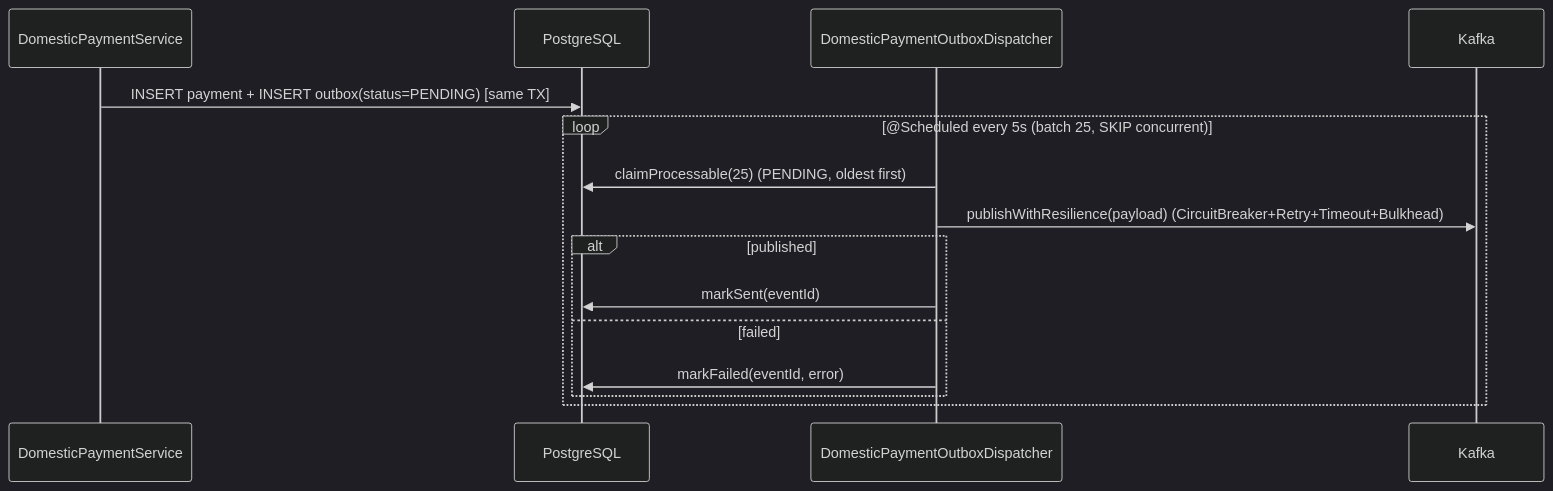
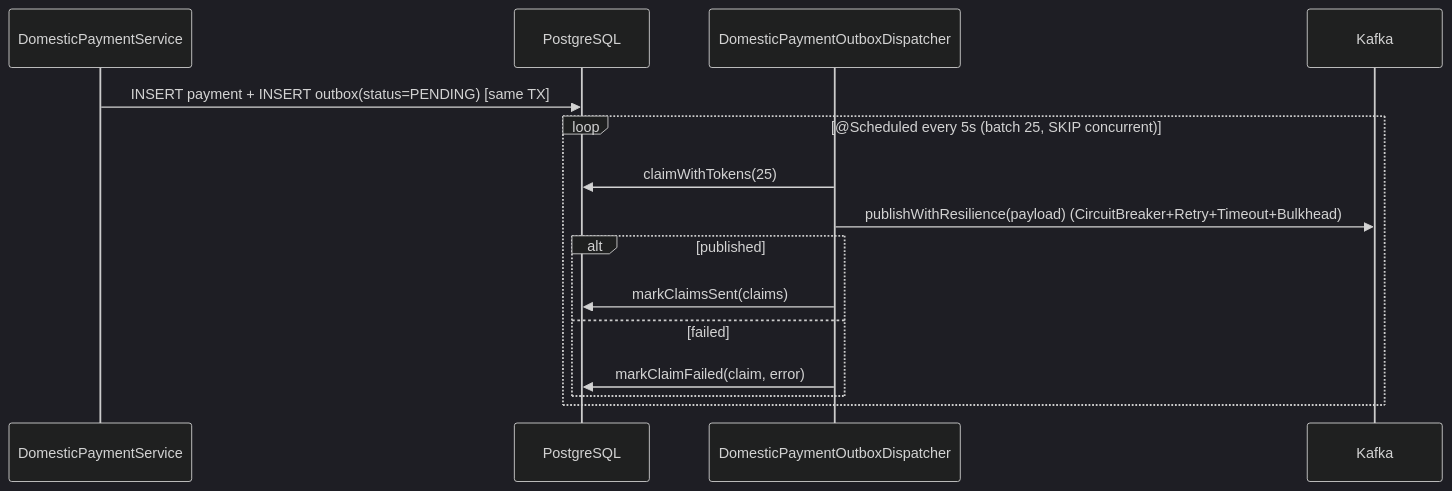
One commit to JiRaska/open-bank-oss changed the fourth of 4 diagrams in openbank-domestic-payment/src/main/resources/docs/02-architecture.en.md. Above: the diagram before and after it, drawn with Mermaid (dark theme). The commit also changed other lines of this file and 14 other files, not shown here.

````diff
--- a/openbank-domestic-payment/src/main/resources/docs/02-architecture.en.md
+++ b/openbank-domestic-payment/src/main/resources/docs/02-architecture.en.md
@@ -135,18 +135,18 @@
 ```mermaid
 sequenceDiagram
   participant S as DomesticPaymentService
   participant DB as PostgreSQL
   participant D as DomesticPaymentOutboxDispatcher
   participant K as Kafka
 
   S->>DB: INSERT payment + INSERT outbox(status=PENDING) [same TX]
   loop @Scheduled every 5s (batch 25, SKIP concurrent)
-    D->>DB: claimProcessable(25)  (PENDING, oldest first)
+    D->>DB: claimWithTokens(25)
     D->>K: publishWithResilience(payload)  (CircuitBreaker+Retry+Timeout+Bulkhead)
     alt published
-      D->>DB: markSent(eventId)
+      D->>DB: markClaimsSent(claims)
     else failed
-      D->>DB: markFailed(eventId, error)
+      D->>DB: markClaimFailed(claim, error)
     end
   end
 ```
````
